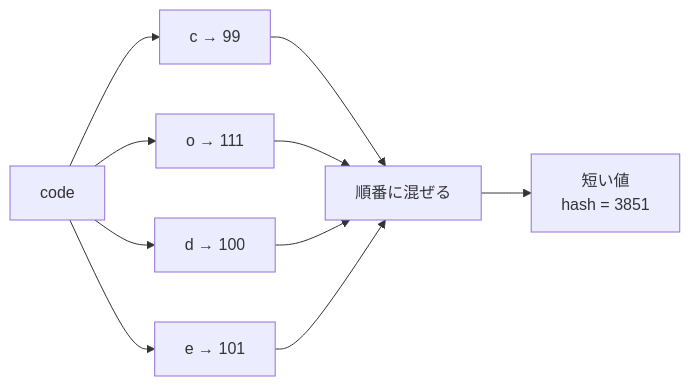
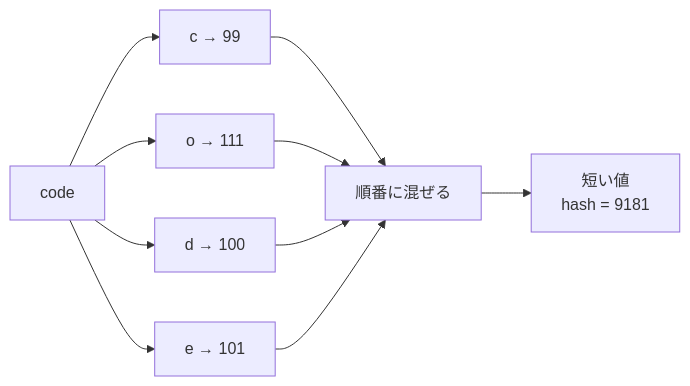
The diagram in docs/algorithms/hash-function.md (k5fujiwara/code-recipe), drawn with Mermaid before and after one commit. The commit also changed other lines of this file and 49 other files, not shown here.

````diff
--- a/docs/algorithms/hash-function.md
+++ b/docs/algorithms/hash-function.md
@@ -22,16 +22,16 @@
 ```mermaid
 flowchart LR
   Text["code"]
   C["c → 99"]
   O["o → 111"]
   D["d → 100"]
   E["e → 101"]
   Mix["順番に混ぜる"]
-  Hash["短い値\nhash = 3851"]
+  Hash["短い値\nhash = 9181"]
 
   Text --> C --> Mix
   Text --> O --> Mix
   Text --> D --> Mix
   Text --> E --> Mix
   Mix --> Hash
 ```
````
